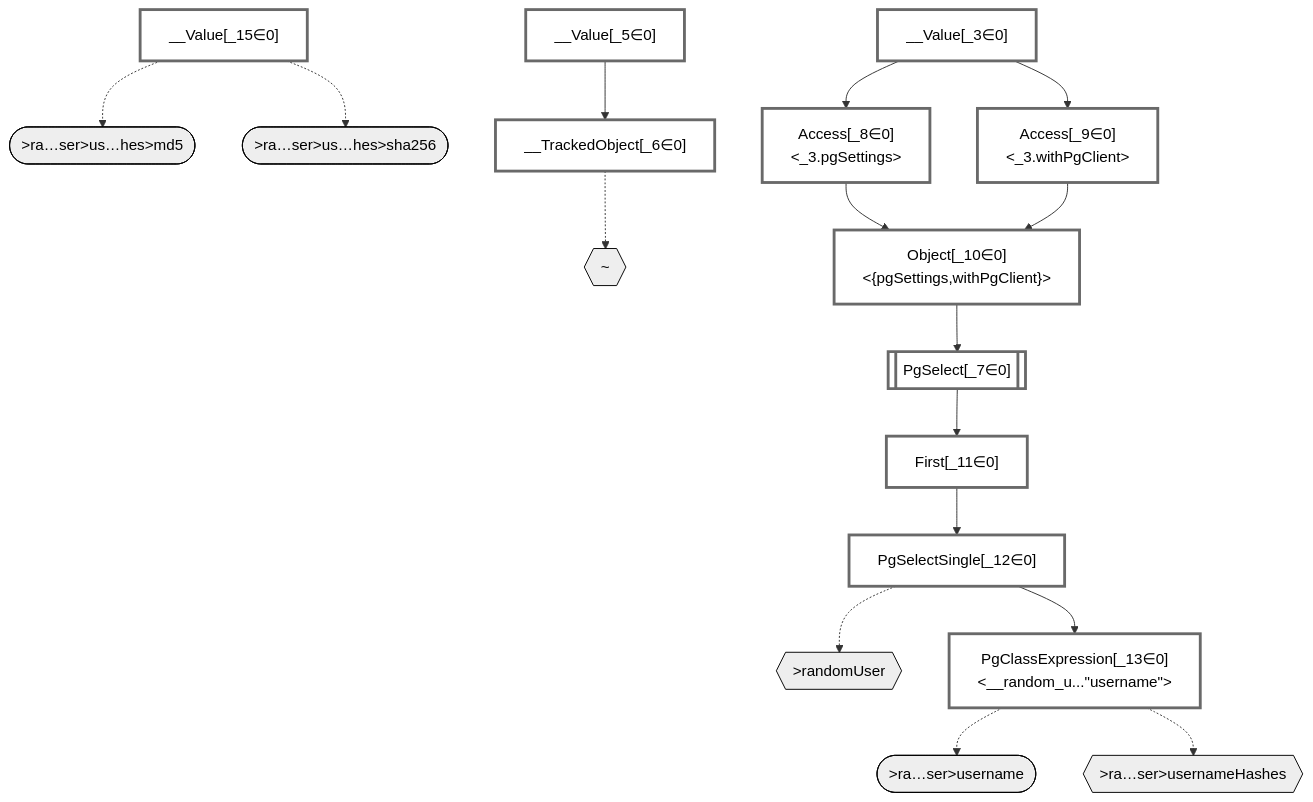
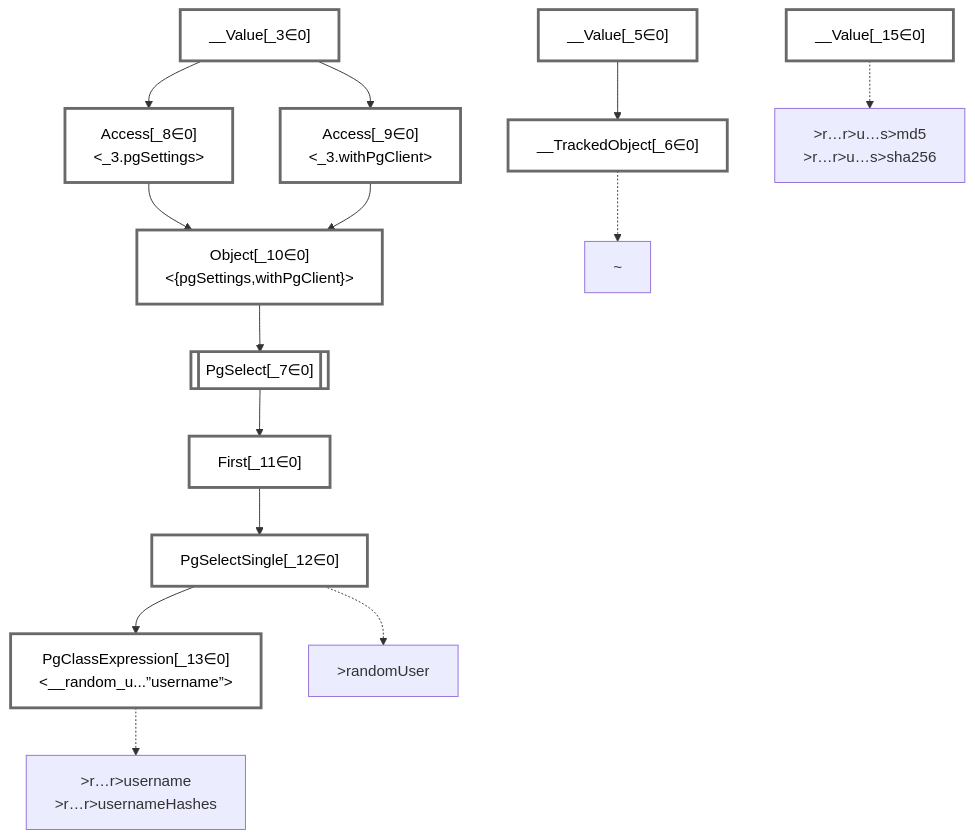
Before and after one commit to graphile/crystal: the diagram in packages/dataplan-pg/__tests__/queries/resolvers/basics-object.deopt.mermaid.md, drawn with Mermaid. The commit also changed 195 other files, not shown here.

````diff
--- a/packages/dataplan-pg/__tests__/queries/resolvers/basics-object.deopt.mermaid.md
+++ b/packages/dataplan-pg/__tests__/queries/resolvers/basics-object.deopt.mermaid.md
@@ -1,58 +1,47 @@
 ```mermaid
 graph TD
     classDef path fill:#eee,stroke:#000,color:#000
     classDef plan fill:#fff,stroke-width:3px,color:#000
     classDef itemplan fill:#fff,stroke-width:6px,color:#000
     classDef sideeffectplan fill:#f00,stroke-width:6px,color:#000
     classDef bucket fill:#f6f6f6,color:#000,stroke-width:6px
 
-    %% subgraph fields
-    P1{{"~"}}:::path
-    P2{{">randomUser"}}:::path
-    P3([">ra…ser>username"]):::path
-    %% P2 -.-> P3
-    P4{{">ra…ser>usernameHashes"}}:::path
-    P5([">ra…ser>us…hes>md5"]):::path
-    %% P4 -.-> P5
-    P6([">ra…ser>us…hes>sha256"]):::path
-    %% P4 -.-> P6
-    %% P2 -.-> P4
-    %% P1 -.-> P2
-    %% end
 
     %% define plans
     __Value_3["__Value[_3∈0]<br /><context>"]:::plan
     __Value_5["__Value[_5∈0]<br /><rootValue>"]:::plan
     __TrackedObject_6["__TrackedObject[_6∈0]"]:::plan
     PgSelect_7[["PgSelect[_7∈0]<br /><random_user>"]]:::plan
     Access_8["Access[_8∈0]<br /><_3.pgSettings>"]:::plan
     Access_9["Access[_9∈0]<br /><_3.withPgClient>"]:::plan
     Object_10["Object[_10∈0]<br /><{pgSettings,withPgClient}>"]:::plan
     First_11["First[_11∈0]"]:::plan
     PgSelectSingle_12["PgSelectSingle[_12∈0]<br /><users>"]:::plan
-    PgClassExpression_13["PgClassExpression[_13∈0]<br /><__random_u...#quot;username#quot;>"]:::plan
+    PgClassExpression_13["PgClassExpression[_13∈0]<br /><__random_u...”username”>"]:::plan
     __Value_15["__Value[_15∈0]"]:::plan
 
     %% plan dependencies
     __Value_5 --> __TrackedObject_6
     Object_10 --> PgSelect_7
     __Value_3 --> Access_8
     __Value_3 --> Access_9
     Access_8 --> Object_10
     Access_9 --> Object_10
     PgSelect_7 --> First_11
     First_11 --> PgSelectSingle_12
     PgSelectSingle_12 --> PgClassExpression_13
 
     %% plan-to-path relationships
+    P1["~"]
     __TrackedObject_6 -.-> P1
+    P2[">randomUser"]
     PgSelectSingle_12 -.-> P2
+    P3[">r…r>username<br />>r…r>usernameHashes"]
     PgClassExpression_13 -.-> P3
-    PgClassExpression_13 -.-> P4
-    __Value_15 -.-> P5
-    __Value_15 -.-> P6
+    P4[">r…r>u…s>md5<br />>r…r>u…s>sha256"]
+    __Value_15 -.-> P4
 
     %% allocate buckets
     classDef bucket0 stroke:#696969
     class __Value_3,__Value_5,__TrackedObject_6,PgSelect_7,Access_8,Access_9,Object_10,First_11,PgSelectSingle_12,PgClassExpression_13,__Value_15 bucket0
 ```
````
